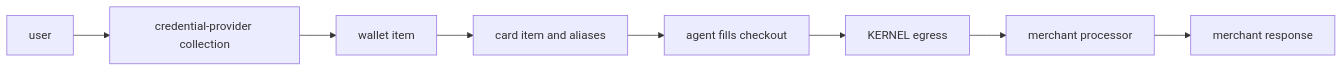
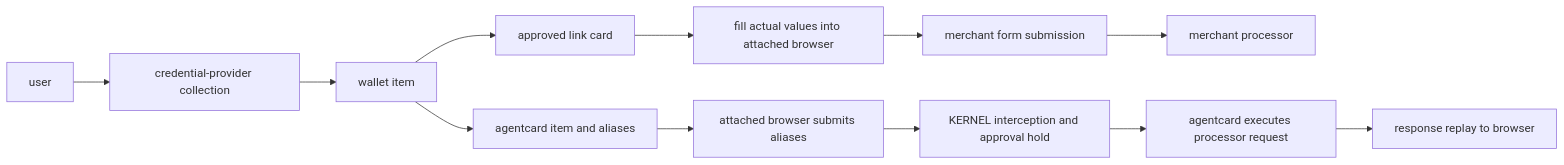
The diagram in integrations/payments/overview.mdx (kernel/docs), drawn with Mermaid before and after one commit. The commit also changed other lines of this file and 7 other files, not shown here.

Commit message:
Replace Link alias guidance with vault-item fill

````diff
--- a/integrations/payments/overview.mdx
+++ b/integrations/payments/overview.mdx
@@ -46,10 +40,14 @@
 ```mermaid
 flowchart LR
   U[user] --> H[credential-provider collection]
   H --> W[wallet item]
-  W --> C[card item and aliases]
-  C --> A[agent fills checkout]
-  A --> E[<span class='kernel-brand-name'>KERNEL</span> egress]
-  E --> P[merchant processor]
-  P --> M[merchant response]
+  W --> L[approved link card]
+  L --> F[fill actual values into attached browser]
+  F --> S[merchant form submission]
+  S --> P[merchant processor]
+  W --> C[agentcard item and aliases]
+  C --> A[attached browser submits aliases]
+  A --> E[KERNEL interception and approval hold]
+  E --> X[agentcard executes processor request]
+  X --> R[response replay to browser]
 ```
````
